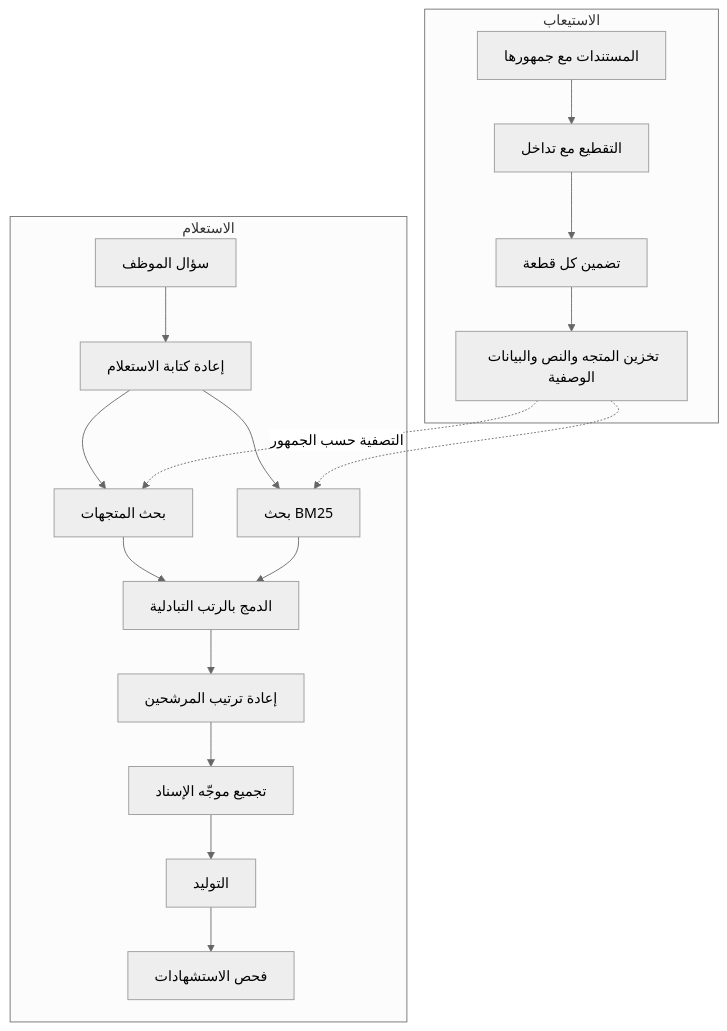
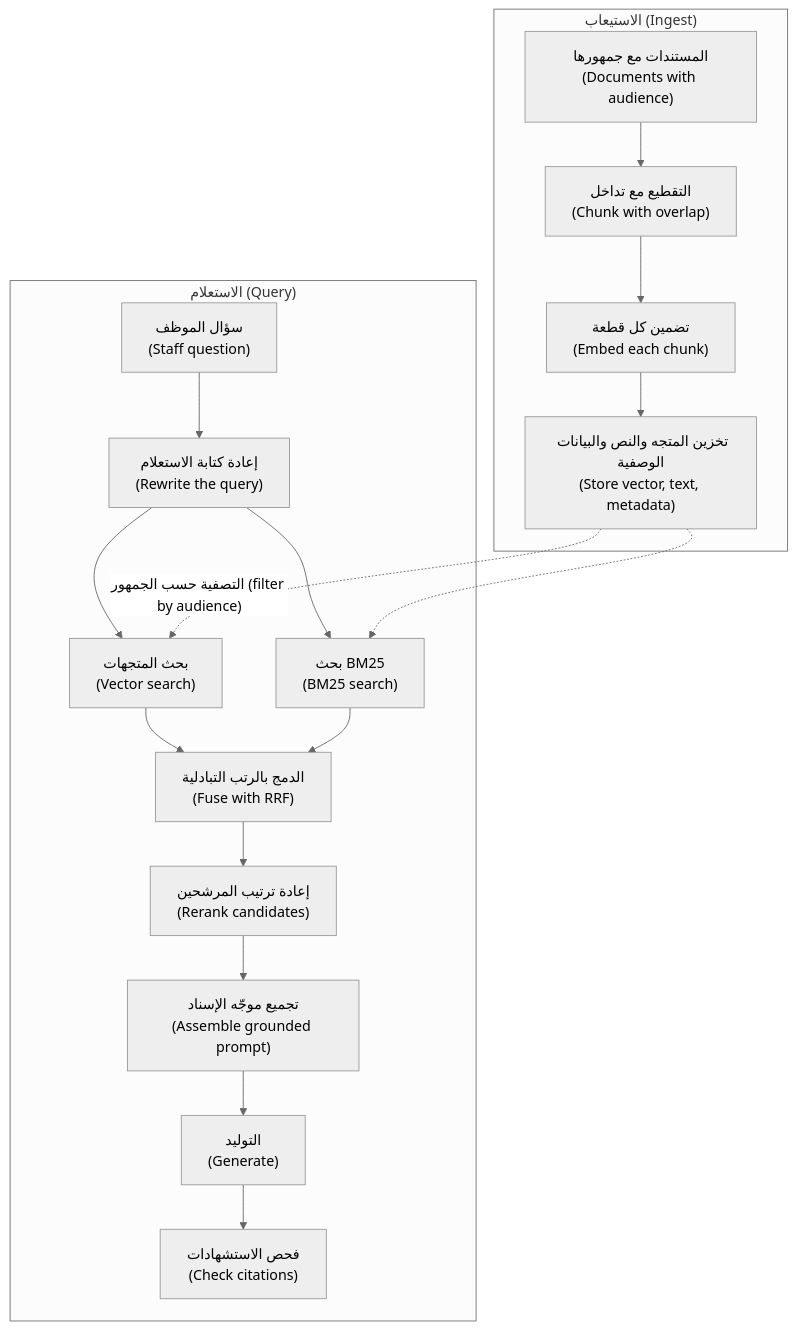
One commit to Tamoura/system-design-for-vibe-coders changed the diagram in aiapps/modules/04-rag.ar.md. Above: the diagram before and after it, drawn with Mermaid (neutral theme). The commit also changed 17 other files, not shown here.

First line of the commit message:
AI applications & agents: Arabic edition complete (RTL diagrams, diagram glosses, translated 60-question exam)

````diff
--- a/aiapps/modules/04-rag.ar.md
+++ b/aiapps/modules/04-rag.ar.md
@@ -43,21 +43,21 @@
 ```mermaid
 flowchart TD
-    subgraph ING["الاستيعاب"]
-        A["المستندات مع جمهورها"] --> B["التقطيع مع تداخل"]
-        B --> C["تضمين كل قطعة"]
-        C --> D["تخزين المتجه والنص والبيانات الوصفية"]
+    subgraph ING["الاستيعاب (Ingest)"]
+        A["المستندات مع جمهورها<br/>(Documents with audience)"] --> B["التقطيع مع تداخل<br/>(Chunk with overlap)"]
+        B --> C["تضمين كل قطعة<br/>(Embed each chunk)"]
+        C --> D["تخزين المتجه والنص والبيانات الوصفية<br/>(Store vector, text, metadata)"]
     end
-    subgraph QRY["الاستعلام"]
-        Q["سؤال الموظف"] --> W["إعادة كتابة الاستعلام"]
-        W --> R1["بحث المتجهات"]
-        W --> R2["بحث BM25"]
-        R1 --> F["الدمج بالرتب التبادلية"]
+    subgraph QRY["الاستعلام (Query)"]
+        Q["سؤال الموظف<br/>(Staff question)"] --> W["إعادة كتابة الاستعلام<br/>(Rewrite the query)"]
+        W --> R1["بحث المتجهات<br/>(Vector search)"]
+        W --> R2["بحث BM25<br/>(BM25 search)"]
+        R1 --> F["الدمج بالرتب التبادلية<br/>(Fuse with RRF)"]
         R2 --> F
-        F --> K["إعادة ترتيب المرشحين"]
-        K --> P["تجميع موجّه الإسناد"]
-        P --> G["التوليد"]
-        G --> X["فحص الاستشهادات"]
+        F --> K["إعادة ترتيب المرشحين<br/>(Rerank candidates)"]
+        K --> P["تجميع موجّه الإسناد<br/>(Assemble grounded prompt)"]
+        P --> G["التوليد<br/>(Generate)"]
+        G --> X["فحص الاستشهادات<br/>(Check citations)"]
     end
-    D -. "التصفية حسب الجمهور" .-> R1
+    D -. "التصفية حسب الجمهور (filter by audience)" .-> R1
     D -.-> R2
 ```
````
